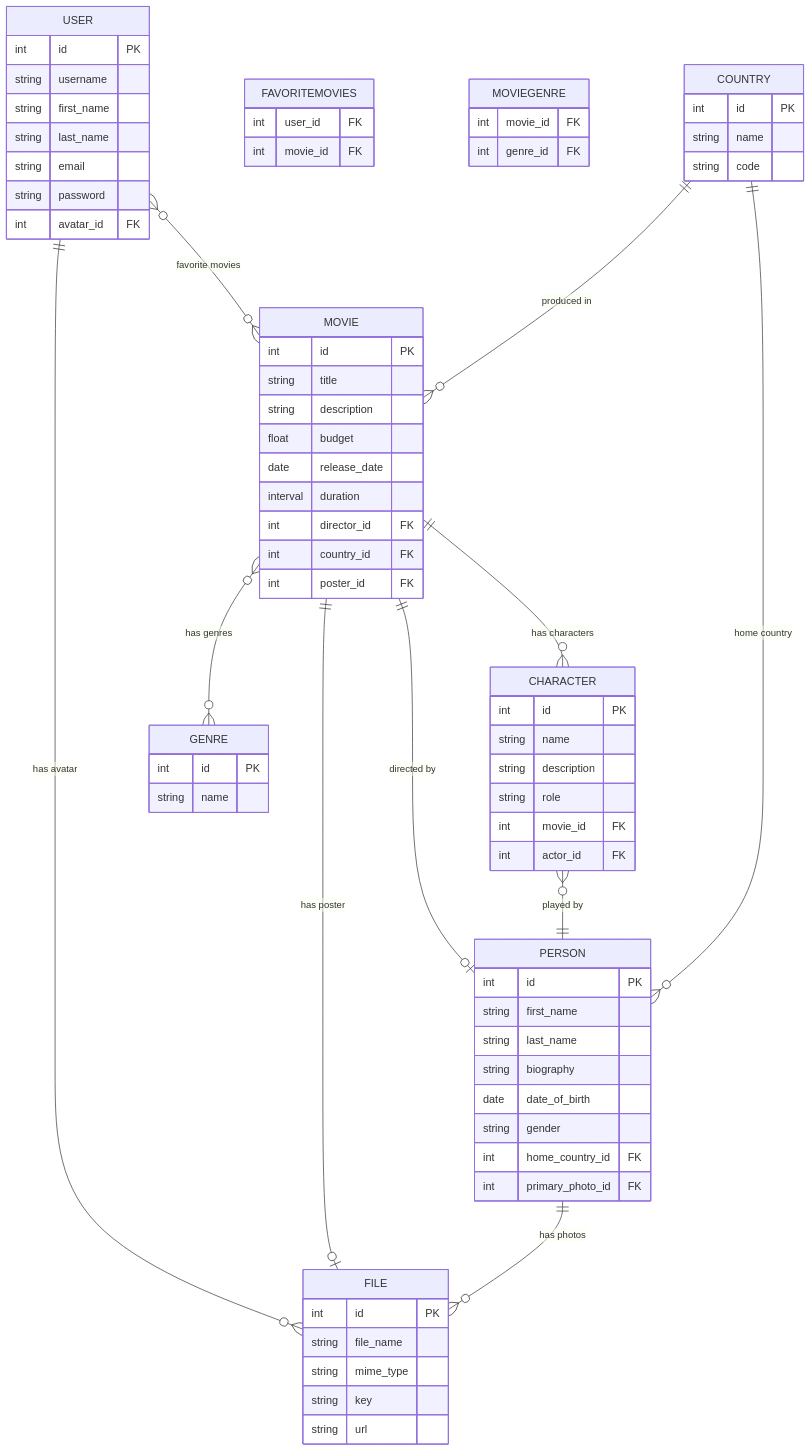
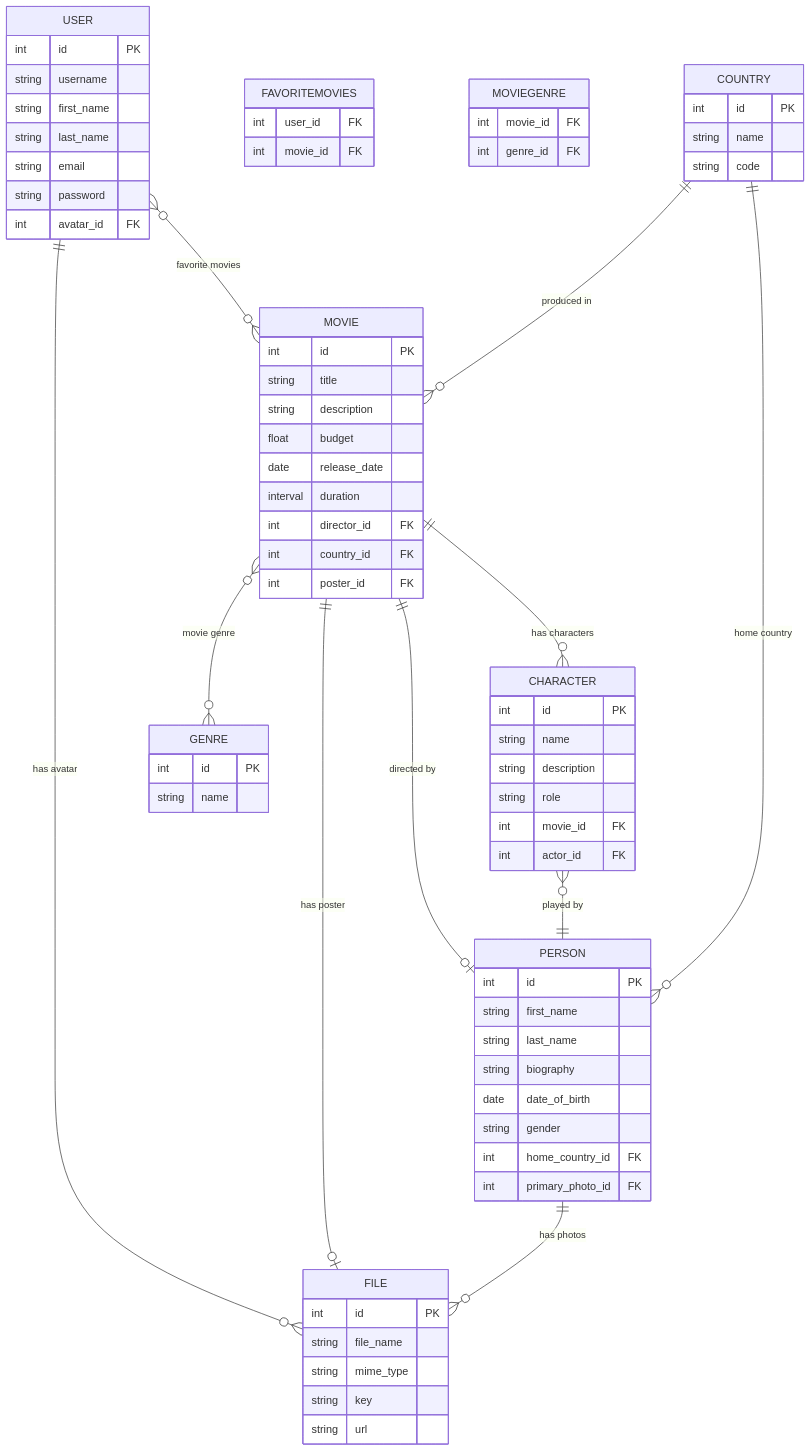
One commit to XCODE89/movie_app_db changed the diagram in README.md. Above: the diagram before and after it, drawn with Mermaid. The commit also changed 4 other files, not shown here.

```diff
--- a/README.md
+++ b/README.md
@@ -75,7 +75,7 @@
     USER ||--o{ FILE : "has avatar"
     MOVIE ||--o| PERSON : "directed by"
     MOVIE ||--o| FILE : "has poster"
-    MOVIE }o--o{ GENRE : "has genres"
+    MOVIE }o--o{ GENRE : "movie genre"
     MOVIE ||--o{ CHARACTER : "has characters"
     CHARACTER }o--|| PERSON : "played by"
     PERSON ||--o{ FILE : "has photos"
```
